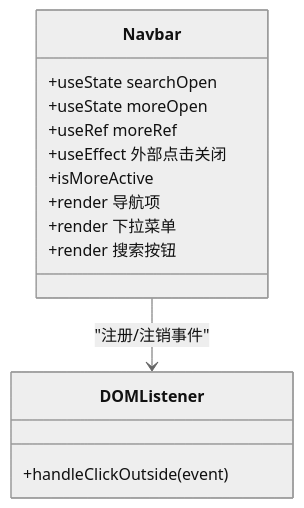
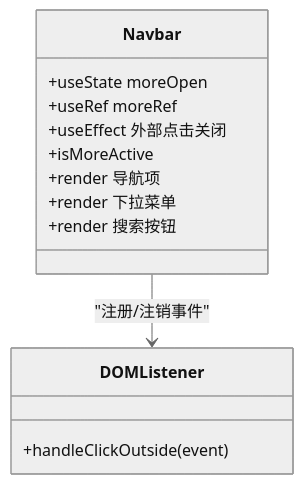
Before and after one commit to erikliu123/storage_ai_blog: the fourth of 8 diagrams in .qoder/repowiki/zh/content/组件系统/导航组件.md, drawn with Mermaid (neutral theme). The commit also changed other lines of this file and 61 other files, not shown here.

````diff
--- a/.qoder/repowiki/zh/content/组件系统/导航组件.md
+++ b/.qoder/repowiki/zh/content/组件系统/导航组件.md
@@ -188,17 +195,16 @@
 ```mermaid
 classDiagram
 class Navbar {
-+useState searchOpen
 +useState moreOpen
 +useRef moreRef
 +useEffect 外部点击关闭
 +isMoreActive
 +render 导航项
 +render 下拉菜单
 +render 搜索按钮
 }
 class DOMListener {
 +handleClickOutside(event)
 }
 Navbar --> DOMListener : "注册/注销事件"
 ```
````
